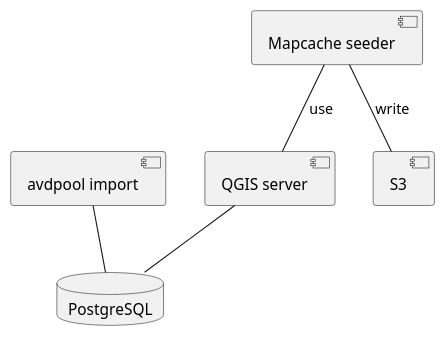
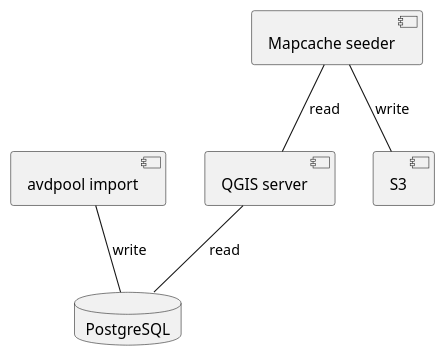
The diagram in uml/agi-wmts.puml (archiv-edigonzales/agi-wmts), drawn with PlantUML before and after one commit. The commit also changed 3 other files, not shown here.

```diff
--- a/uml/agi-wmts.puml
+++ b/uml/agi-wmts.puml
@@ -1,12 +1,12 @@
 @startuml agi-wmts
 component "avdpool import" as avdpool
 component "Mapcache seeder" as wmts
 component "QGIS server" as wms
 database "PostgreSQL" as db
 component "S3" as s3
 
-avdpool--db 
-wms--db 
-wmts--wms : use
+avdpool--db : write
+wms--db : read
+wmts--wms : read
 wmts--s3 : write
 @enduml
```
